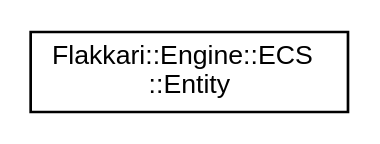
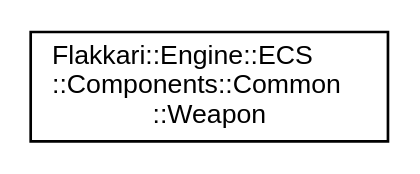
The diagram in inherit_graph_25.dot (MasterLaplace/flakkari), drawn with Graphviz before and after one commit. The commit also changed 525 other files, not shown here.

```diff
--- a/inherit_graph_25.dot
+++ b/inherit_graph_25.dot
@@ -1,8 +1,8 @@
 digraph "Graphical Class Hierarchy"
 {
  // LATEX_PDF_SIZE
   edge [fontname="Helvetica",fontsize="10",labelfontname="Helvetica",labelfontsize="10"];
   node [fontname="Helvetica",fontsize="10",shape=record];
   rankdir="LR";
-  Node0 [label="Flakkari::Engine::ECS\l::Entity",height=0.2,width=0.4,color="black", fillcolor="white", style="filled",URL="$d1/d1f/classFlakkari_1_1Engine_1_1ECS_1_1Entity.html",tooltip=" "];
+  Node0 [label="Flakkari::Engine::ECS\l::Components::Common\l::Weapon",height=0.2,width=0.4,color="black", fillcolor="white", style="filled",URL="$d0/dd4/structFlakkari_1_1Engine_1_1ECS_1_1Components_1_1Common_1_1Weapon.html",tooltip="Weapon is a structure that defines the characteristics of a weapon."];
 }
```
